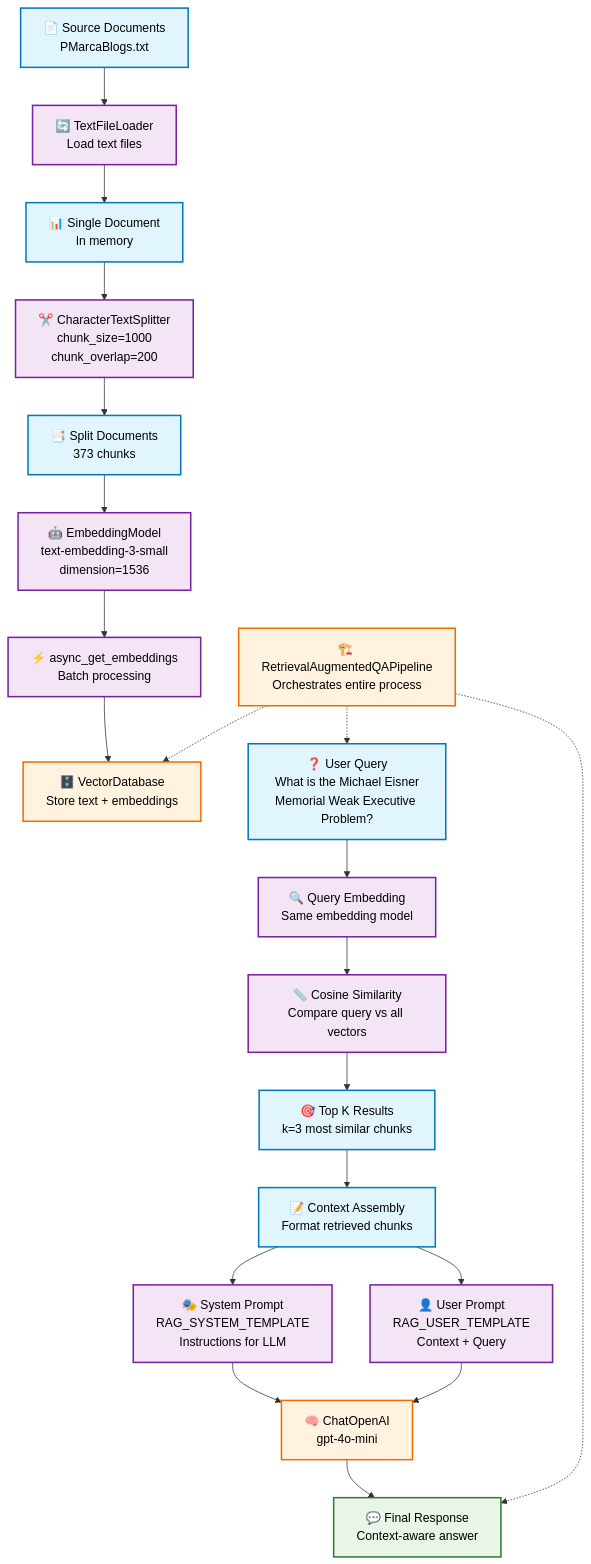
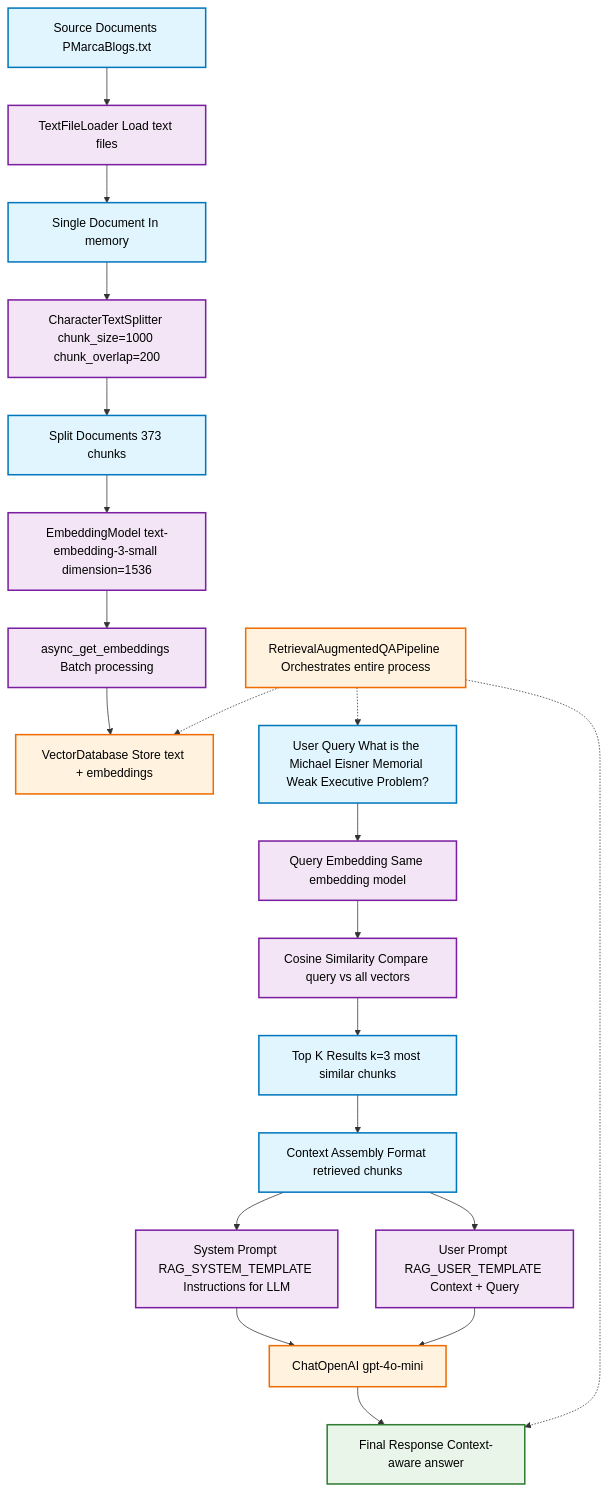
One commit to ovokpus/AIE8 changed the first of 16 diagrams in 02_Embeddings_and_RAG/Understanding_Pythonic_RAG.md. Above: the diagram before and after it, drawn with Mermaid. The commit also changed other lines of this file, not shown here.

Commit message:
fixed mermaid

````diff
--- a/02_Embeddings_and_RAG/Understanding_Pythonic_RAG.md
+++ b/02_Embeddings_and_RAG/Understanding_Pythonic_RAG.md
@@ -9,43 +9,38 @@
 ```mermaid
 flowchart TD
-    %% Data Preparation Phase
-    A[📄 Source Documents<br/>PMarcaBlogs.txt] --> B[🔄 TextFileLoader<br/>Load text files]
-    B --> C[📊 Single Document<br/>In memory]
-    C --> D[✂️ CharacterTextSplitter<br/>chunk_size=1000<br/>chunk_overlap=200]
-    D --> E[📑 Split Documents<br/>373 chunks]
+    A["Source Documents PMarcaBlogs.txt"] --> B["TextFileLoader Load text files"]
+    B --> C["Single Document In memory"]
+    C --> D["CharacterTextSplitter chunk_size=1000 chunk_overlap=200"]
+    D --> E["Split Documents 373 chunks"]
     
-    %% Embedding Phase
-    E --> F[🤖 EmbeddingModel<br/>text-embedding-3-small<br/>dimension=1536]
-    F --> G[⚡ async_get_embeddings<br/>Batch processing]
-    G --> H[🗄️ VectorDatabase<br/>Store text + embeddings]
+    E --> F["EmbeddingModel text-embedding-3-small dimension=1536"]
+    F --> G["async_get_embeddings Batch processing"]
+    G --> H["VectorDatabase Store text + embeddings"]
     
-    %% Query Processing Phase
-    I[❓ User Query<br/>What is the Michael Eisner<br/>Memorial Weak Executive Problem?] --> J[🔍 Query Embedding<br/>Same embedding model]
-    J --> K[📏 Cosine Similarity<br/>Compare query vs all vectors]
-    K --> L[🎯 Top K Results<br/>k=3 most similar chunks]
+    I["User Query What is the Michael Eisner Memorial Weak Executive Problem?"] --> J["Query Embedding Same embedding model"]
+    J --> K["Cosine Similarity Compare query vs all vectors"]
+    K --> L["Top K Results k=3 most similar chunks"]
     
-    %% RAG Pipeline Phase
-    L --> M[📝 Context Assembly<br/>Format retrieved chunks]
-    M --> N[🎭 System Prompt<br/>RAG_SYSTEM_TEMPLATE<br/>Instructions for LLM]
-    M --> O[👤 User Prompt<br/>RAG_USER_TEMPLATE<br/>Context + Query]
+    L --> M["Context Assembly Format retrieved chunks"]
+    M --> N["System Prompt RAG_SYSTEM_TEMPLATE Instructions for LLM"]
+    M --> O["User Prompt RAG_USER_TEMPLATE Context + Query"]
     
-    N --> P[🧠 ChatOpenAI<br/>gpt-4o-mini]
+    N --> P["ChatOpenAI gpt-4o-mini"]
     O --> P
-    P --> Q[💬 Final Response<br/>Context-aware answer]
+    P --> Q["Final Response Context-aware answer"]
     
-    %% Pipeline Class
-    R[🏗️ RetrievalAugmentedQAPipeline<br/>Orchestrates entire process] -.-> H
+    R["RetrievalAugmentedQAPipeline Orchestrates entire process"] -.-> H
     R -.-> I
     R -.-> Q
     
     classDef default fill:#f9f9f9,stroke:#333,stroke-width:2px,color:#000000
     classDef dataNode fill:#e1f5fe,stroke:#0277bd,stroke-width:2px,color:#000000
     classDef processNode fill:#f3e5f5,stroke:#7b1fa2,stroke-width:2px,color:#000000
     classDef modelNode fill:#fff3e0,stroke:#ef6c00,stroke-width:2px,color:#000000
     classDef resultNode fill:#e8f5e8,stroke:#2e7d32,stroke-width:2px,color:#000000
     
     class A,C,E,I,L,M dataNode
     class B,D,F,G,J,K,N,O processNode
     class H,P,R modelNode
     class Q resultNode
 ```
````
